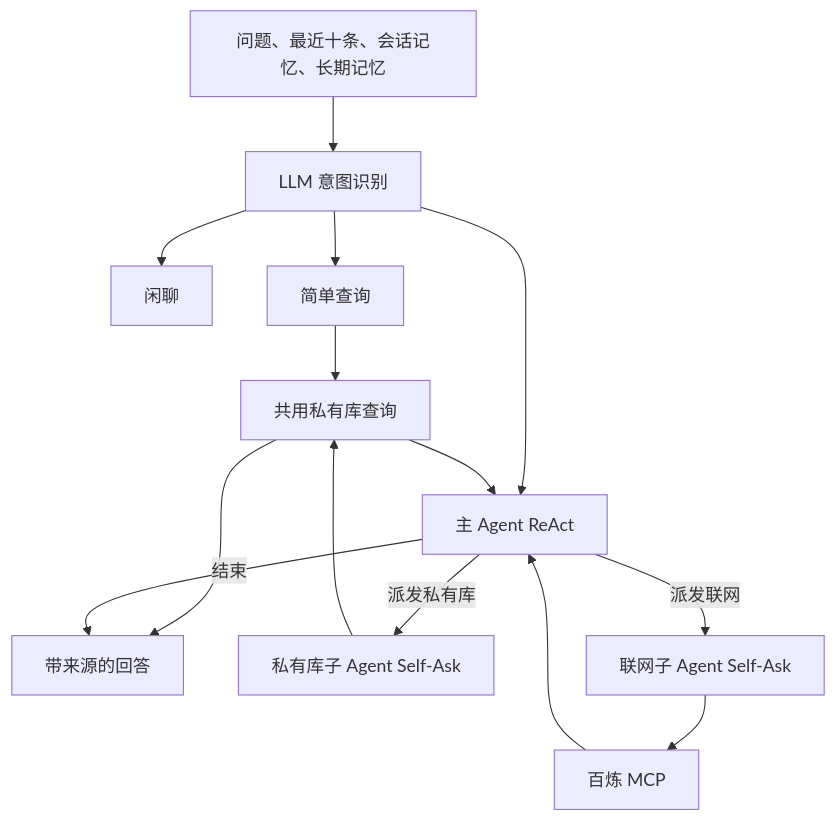
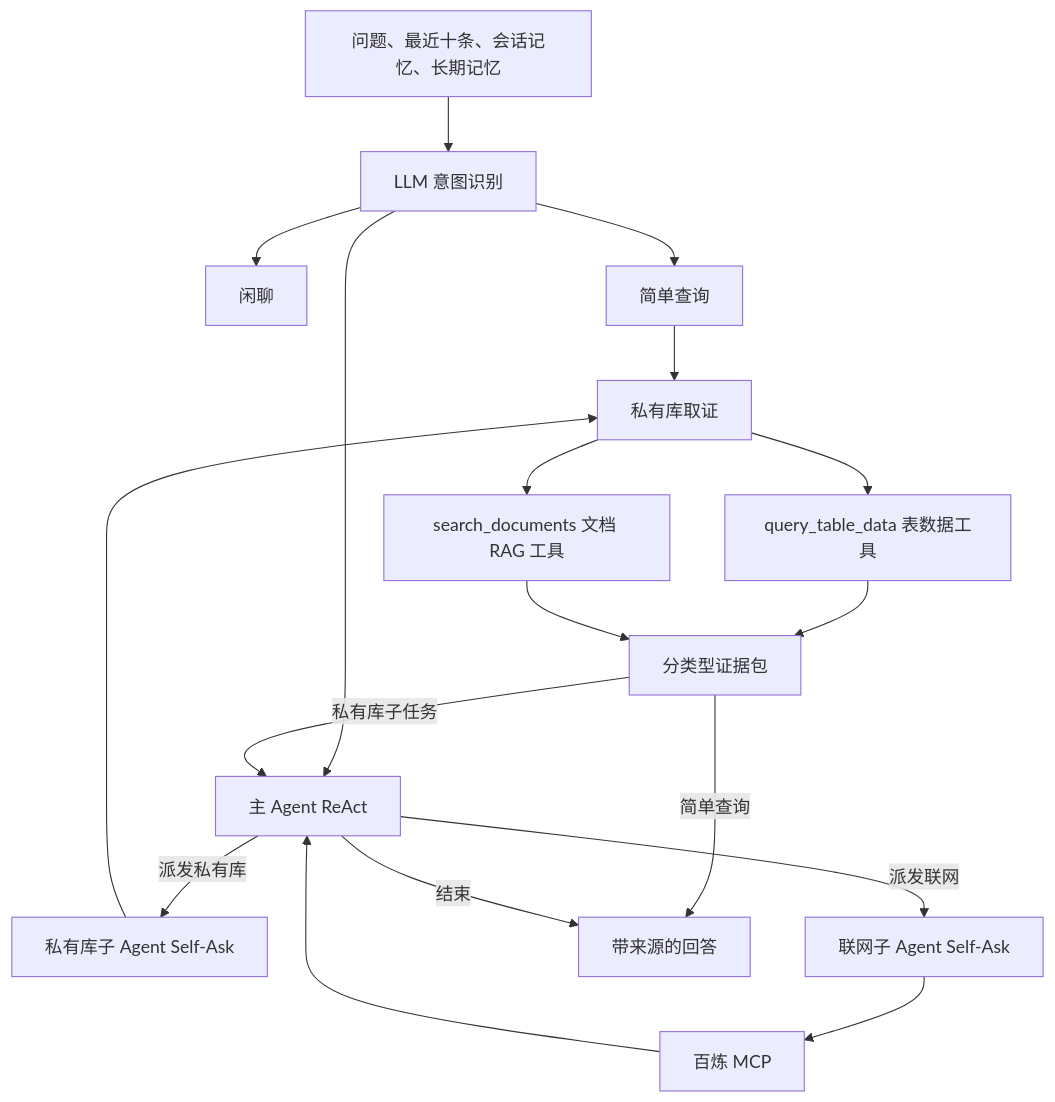
One commit to ava560/zhanggui-zhiku-practice changed the first of 5 diagrams in docs/design.md. Above: the diagram before and after it, drawn with Mermaid. The commit also changed other lines of this file and 36 other files, not shown here.

Commit message:
Add structured table data and daily update workflows

````diff
--- a/docs/design.md
+++ b/docs/design.md
@@ -55,16 +61,20 @@
 ```mermaid
 flowchart TD
     U[问题、最近十条、会话记忆、长期记忆] --> L[LLM 意图识别]
     L --> C[闲聊]
     L --> S[简单查询]
     L --> R[主 Agent ReAct]
-    S --> Q[共用私有库查询]
-    Q --> A[带来源的回答]
+    S --> Q[私有库取证]
     R -->|派发私有库| P[私有库子 Agent Self-Ask]
     R -->|派发联网| W[联网子 Agent Self-Ask]
     P --> Q
+    Q --> T[query_table_data 表数据工具]
+    Q --> D[search_documents 文档 RAG 工具]
+    T --> E[分类型证据包]
+    D --> E
+    E -->|简单查询| A[带来源的回答]
     W --> H[百炼 MCP]
-    Q --> R
+    E -->|私有库子任务| R
     H --> R
     R -->|结束| A
 ```
````
